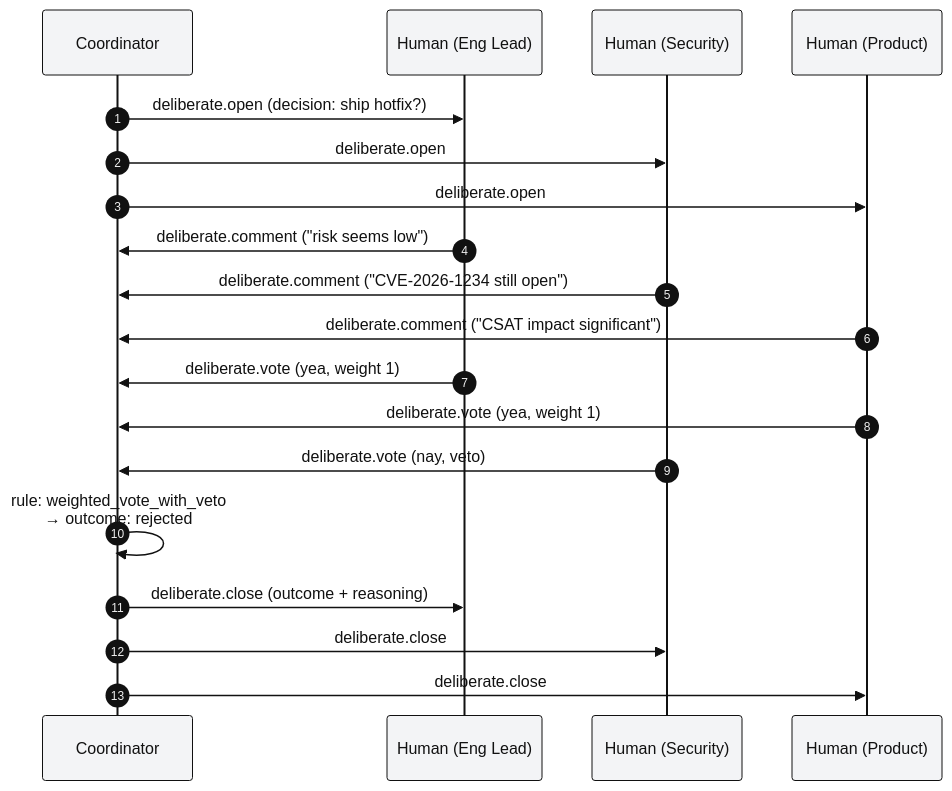
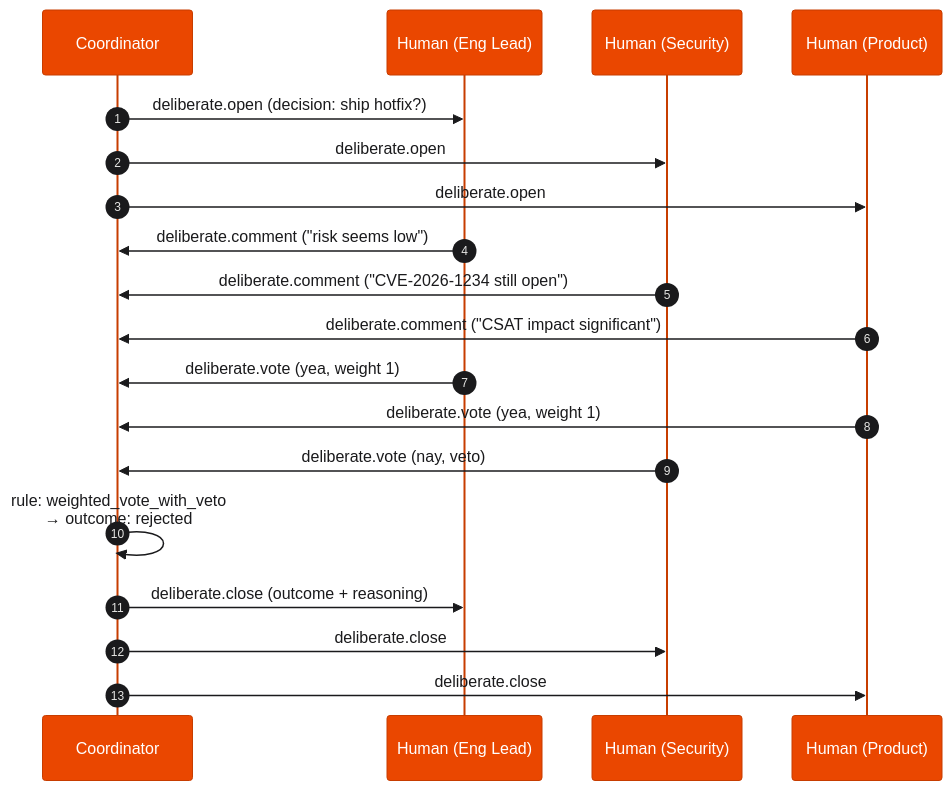
Before and after one commit to BrightbeamAI/chap: the seventh of 9 diagrams in ARCHITECTURE.md, drawn with Mermaid. The commit also changed other lines of this file and 14 other files, not shown here.

````diff
--- a/ARCHITECTURE.md
+++ b/ARCHITECTURE.md
@@ -331,36 +338,36 @@
 ```mermaid
 %%{init: {
   "theme": "base",
   "themeVariables": {
-    "fontSize": "16px",
-    "fontFamily": "Helvetica, Arial, sans-serif",
+    "fontSize": "22px",
+    "fontFamily": "Arial, Helvetica, sans-serif",
     "primaryColor": "#ffffff",
-    "primaryTextColor": "#111111",
-    "primaryBorderColor": "#111111",
-    "lineColor": "#111111",
-    "actorBkg": "#f3f4f6",
-    "actorTextColor": "#111111",
-    "actorBorder": "#111111"
+    "primaryTextColor": "#1a1a1c",
+    "primaryBorderColor": "#1a1a1c",
+    "lineColor": "#1a1a1c",
+    "actorBkg": "#EA4700",
+    "actorTextColor": "#ffffff",
+    "actorBorder": "#C73D00"
   }
 }}%%
 sequenceDiagram
     autonumber
     participant C as Coordinator
     participant H1 as Human (Eng Lead)
     participant H2 as Human (Security)
     participant H3 as Human (Product)
 
     C->>H1: deliberate.open (decision: ship hotfix?)
     C->>H2: deliberate.open
     C->>H3: deliberate.open
     H1->>C: deliberate.comment ("risk seems low")
     H2->>C: deliberate.comment ("CVE-2026-1234 still open")
     H3->>C: deliberate.comment ("CSAT impact significant")
     H1->>C: deliberate.vote (yea, weight 1)
     H3->>C: deliberate.vote (yea, weight 1)
     H2->>C: deliberate.vote (nay, veto)
     C->>C: rule: weighted_vote_with_veto<br/>→ outcome: rejected
     C->>H1: deliberate.close (outcome + reasoning)
     C->>H2: deliberate.close
     C->>H3: deliberate.close
 ```
````
